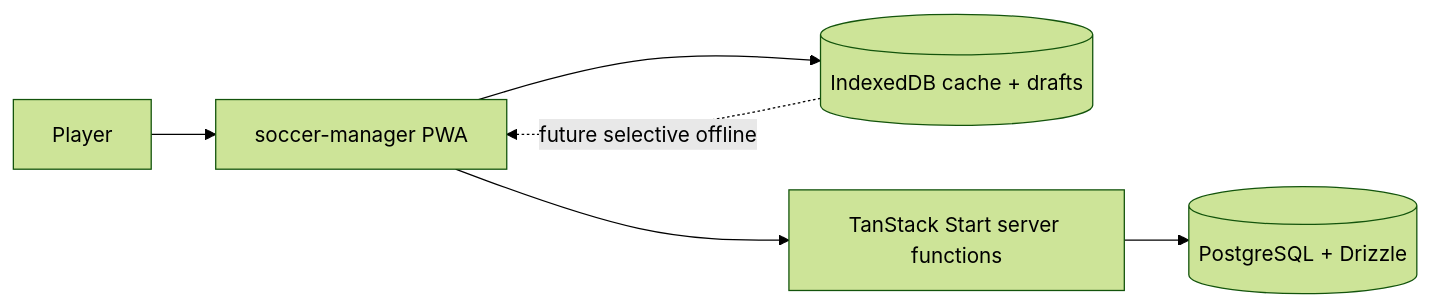
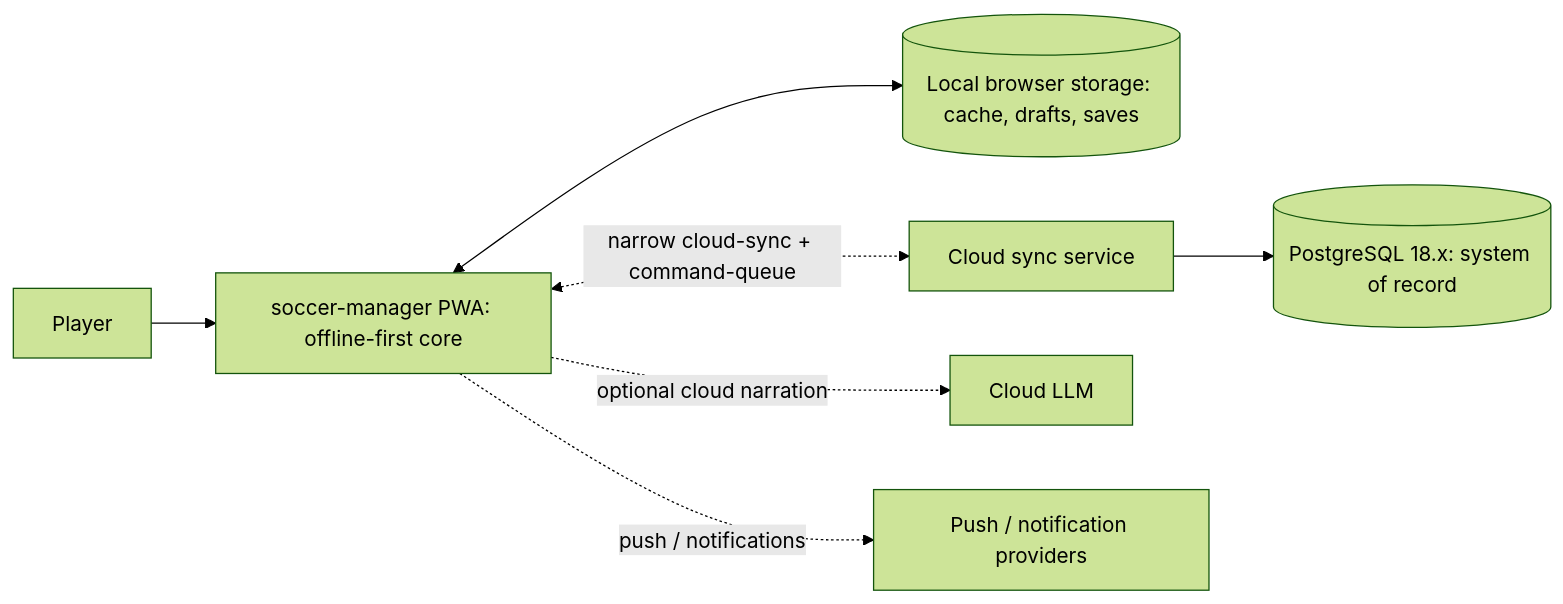
Before and after one commit to EtroxTaran/klubhaus-elf: the diagram in docs/10-Architecture/03-Context.md, drawn with Mermaid (forest theme). The commit also changed other lines of this file and 6 other files, not shown here.

````diff
--- a/docs/10-Architecture/03-Context.md
+++ b/docs/10-Architecture/03-Context.md
@@ -13,8 +17,9 @@
 ```mermaid
 flowchart LR
-  Player[Player] --> PWA[soccer-manager PWA]
-  PWA --> IndexedDB[(IndexedDB cache + drafts)]
-  PWA --> Start[TanStack Start server functions]
-  Start --> Postgres[(PostgreSQL + Drizzle)]
-  IndexedDB -. future selective offline .-> PWA
+  Player[Player] --> PWA[soccer-manager PWA: offline-first core]
+  PWA <--> Local[(Local browser storage: cache, drafts, saves)]
+  PWA <-. narrow cloud-sync + command-queue .-> Sync[Cloud sync service]
+  PWA -. optional cloud narration .-> LLM[Cloud LLM]
+  PWA -. push / notifications .-> Notify[Push / notification providers]
+  Sync --> Postgres[(PostgreSQL 18.x: system of record)]
 ```
````
